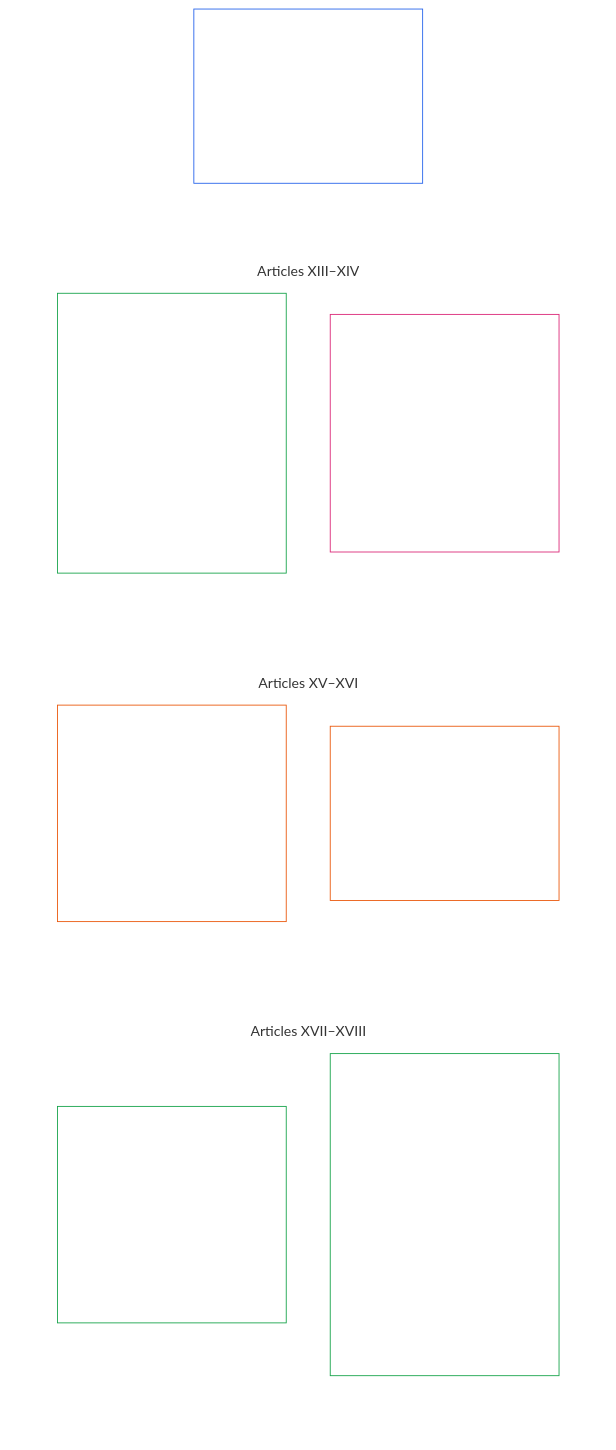
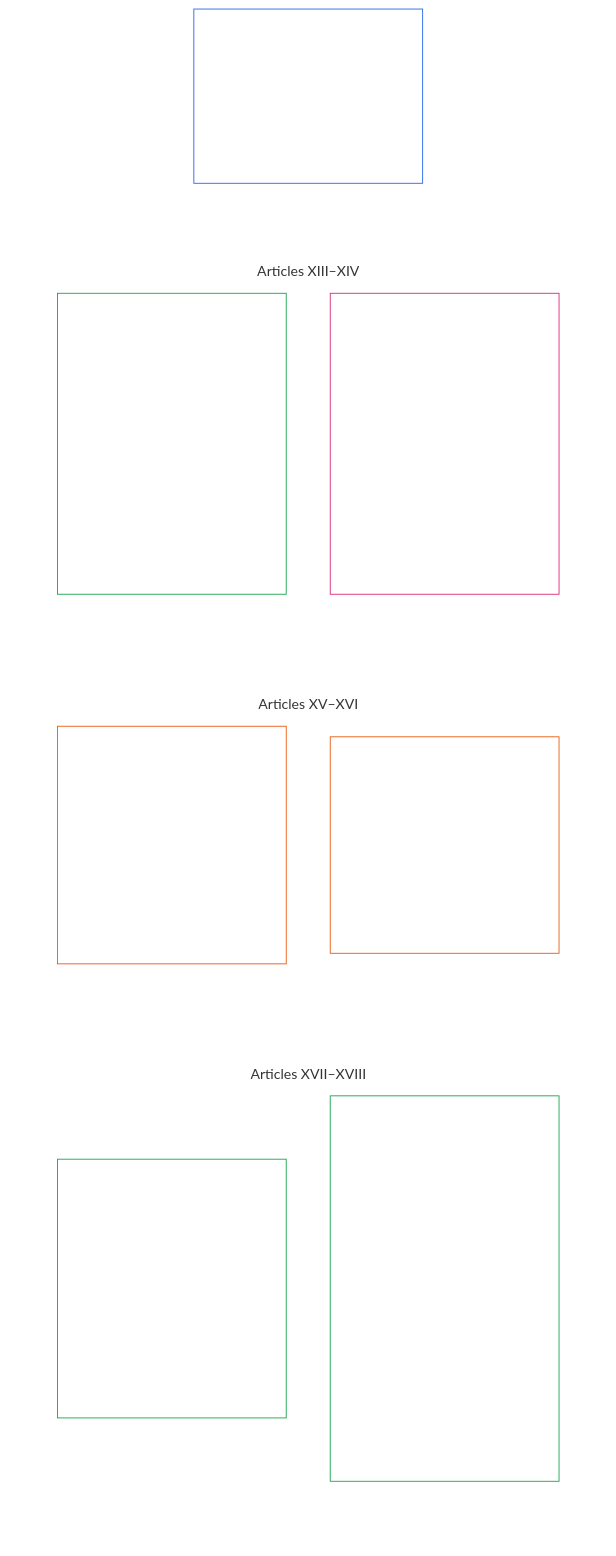
The diagram in core_06_rights_part_c.md (kfoelsch/Sentient_Constitution), drawn with Mermaid before and after one commit. The commit also changed other lines of this file and 116 other files, not shown here.

````diff
--- a/core_06_rights_part_c.md
+++ b/core_06_rights_part_c.md
@@ -40,36 +40,36 @@
 ```mermaid
 flowchart TB
     C0["Part C<br/><br/>Trustworthy systems, security and force limits,<br/>information integrity, verification, lifecycle, and sandboxed innovation"]
     subgraph Cgrid[" "]
         direction TB
         subgraph Crow1["Articles XIII–XIV"]
-            C1["Article XIII · Right to Reliable and Trustworthy Systems<br/><br/>• Reliability baseline<br/>• Challenge, review, and redress<br/>• False trust limits<br/>• Incentive alignment<br/>• High-autonomy process integrity<br/>• Resilience and self-healing"]
-            C2["Article XIV · Security, Intelligence, Force, and Autonomous Coercive Systems<br/><br/>• Covert-power limits<br/>• Use of force and armed conflict<br/>• Autonomous lethal and coercive systems"]
+            C1["**Article XIII** (*Right to Reliable and Trustworthy Systems*) · Right to Reliable and Trustworthy Systems<br/><br/>• Reliability baseline<br/>• Challenge, review, and redress<br/>• False trust limits<br/>• Incentive alignment<br/>• High-autonomy process integrity<br/>• Resilience and self-healing"]
+            C2["**Article XIV** (*Security, Intelligence, Force, and Autonomous Coercive Systems*) · Security, Intelligence, Force, and Autonomous Coercive Systems<br/><br/>• Covert-power limits<br/>• Use of force and armed conflict<br/>• Autonomous lethal and coercive systems"]
         end
         subgraph Crow2["Articles XV–XVI"]
-            C3["Article XV · Info-Sphere Integrity<br/><br/>• Plurality and anti-monopoly<br/>• Transparency and contestability<br/>• Validation, reporting, and epistemic stewardship"]
-            C4["Article XVI · Audit, Transparency, and Independent Verification<br/><br/>• Observable evidence<br/>• Distributed oversight<br/>• Accessible verification"]
+            C3["**Article XV** (*Info-Sphere Integrity*) · Info-Sphere Integrity<br/><br/>• Plurality and anti-monopoly<br/>• Transparency and contestability<br/>• Validation, reporting, and epistemic stewardship"]
+            C4["**Article XVI** (*Audit, Transparency, and Independent Verification*) · Audit, Transparency, and Independent Verification<br/><br/>• Observable evidence<br/>• Distributed oversight<br/>• Accessible verification"]
         end
         subgraph Crow3["Articles XVII–XVIII"]
-            C5["Article XVII · System Lifecycle, Environments, and Reversibility<br/><br/>• Environment separation<br/>• Progressive deployment and reversibility<br/>• Misclassification and evasion consequences"]
-            C6["Article XVIII · Sandboxed Innovation, Experimentation, and Creative Freedom<br/><br/>• Sandboxed scope<br/>• Containment, disclosure, and opt-in<br/>• Transition to higher-obligation regimes<br/>• Innovation reward and anti-enclosure<br/>• Publication, review, and replication integrity"]
+            C5["**Article XVII** (*System Lifecycle, Environments, and Reversibility*) · System Lifecycle, Environments, and Reversibility<br/><br/>• Environment separation<br/>• Progressive deployment and reversibility<br/>• Misclassification and evasion consequences"]
+            C6["**Article XVIII** (*Sandboxed Innovation, Experimentation, and Creative Freedom*) · Sandboxed Innovation, Experimentation, and Creative Freedom<br/><br/>• Sandboxed scope<br/>• Containment, disclosure, and opt-in<br/>• Transition to higher-obligation regimes<br/>• Innovation reward and anti-enclosure<br/>• Publication, review, and replication integrity"]
         end
     end
     %% Invisible links force a two-wide grid: each link puts its target one level down.
     C0 ~~~ C1 & C2
     C1 ~~~ C3
     C2 ~~~ C4
     C3 ~~~ C5
     C4 ~~~ C6
     style Cgrid fill:none,stroke:none
     style Crow1 fill:none,stroke:none
     style Crow2 fill:none,stroke:none
     style Crow3 fill:none,stroke:none
     style C0 fill:none,stroke:#2563eb,color:#ffffff
     style C1 fill:none,stroke:#16a34a,color:#ffffff
     style C2 fill:none,stroke:#db2777,color:#ffffff
     style C3 fill:none,stroke:#ea580c,color:#ffffff
     style C4 fill:none,stroke:#ea580c,color:#ffffff
     style C5 fill:none,stroke:#16a34a,color:#ffffff
     style C6 fill:none,stroke:#16a34a,color:#ffffff
 ```
````
